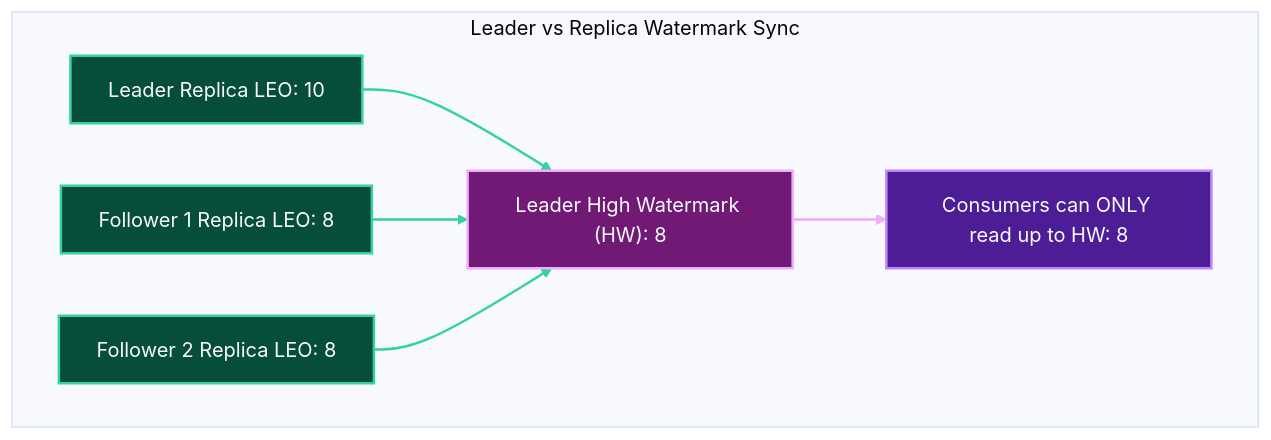
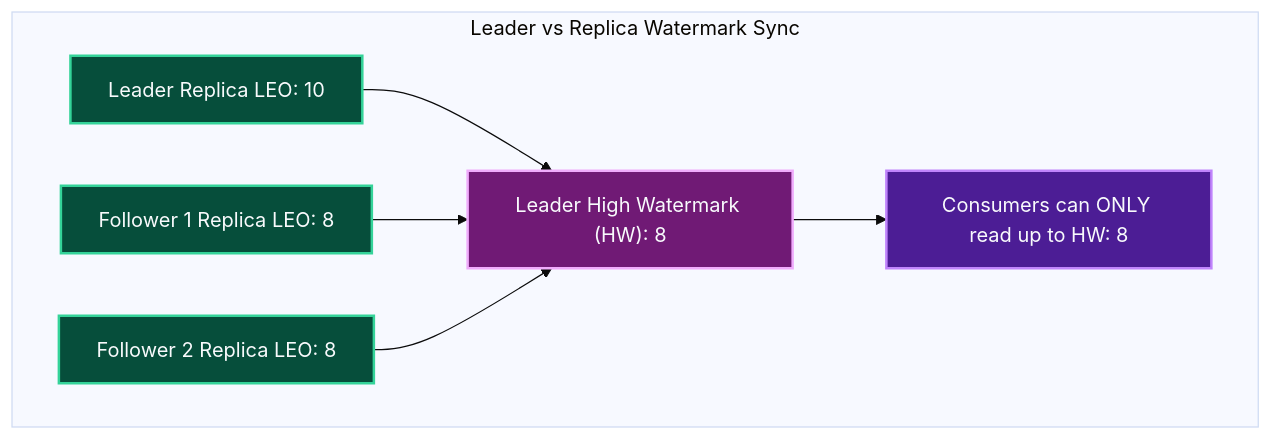
Before and after one commit to Chief-Strategist-J/llm-obs-infra: diagram 11 of 24 in docs/configDoc/kafka-configuration-guide.md, drawn with Mermaid (base theme). The commit also changed other lines of this file, not shown here.

Commit message:
fix(kafka-docs): remove linkStyle directives and replace ampersands in Mermaid diagrams to eliminate GitHub rendering crashes

````diff
--- a/docs/configDoc/kafka-configuration-guide.md
+++ b/docs/configDoc/kafka-configuration-guide.md
@@ -1127,18 +1103,15 @@
 ```mermaid
 graph TB
     subgraph ReplicationWatermarks ["Leader vs Replica Watermark Sync"]
         LeaderLEO["Leader Replica LEO: 10"] --> LeaderHW["Leader High Watermark (HW): 8"]
         Follower1LEO["Follower 1 Replica LEO: 8"] --> LeaderHW
         Follower2LEO["Follower 2 Replica LEO: 8"] --> LeaderHW
         LeaderHW --> ConsumerVisible["Consumers can ONLY read up to HW: 8"]
     end
 
     style LeaderLEO fill:#064e3b,stroke:#34d399,stroke-width:2px,color:#f8fafc
     style Follower1LEO fill:#064e3b,stroke:#34d399,stroke-width:2px,color:#f8fafc
     style Follower2LEO fill:#064e3b,stroke:#34d399,stroke-width:2px,color:#f8fafc
     style LeaderHW fill:#701a75,stroke:#f0abfc,stroke-width:2px,color:#f8fafc
     style ConsumerVisible fill:#4c1d95,stroke:#c084fc,stroke-width:2px,color:#f8fafc
-
-    linkStyle 0,1,2 stroke:#34d399,stroke-width:2px;
-    linkStyle 3 stroke:#f0abfc,stroke-width:2px;
 ```
````
